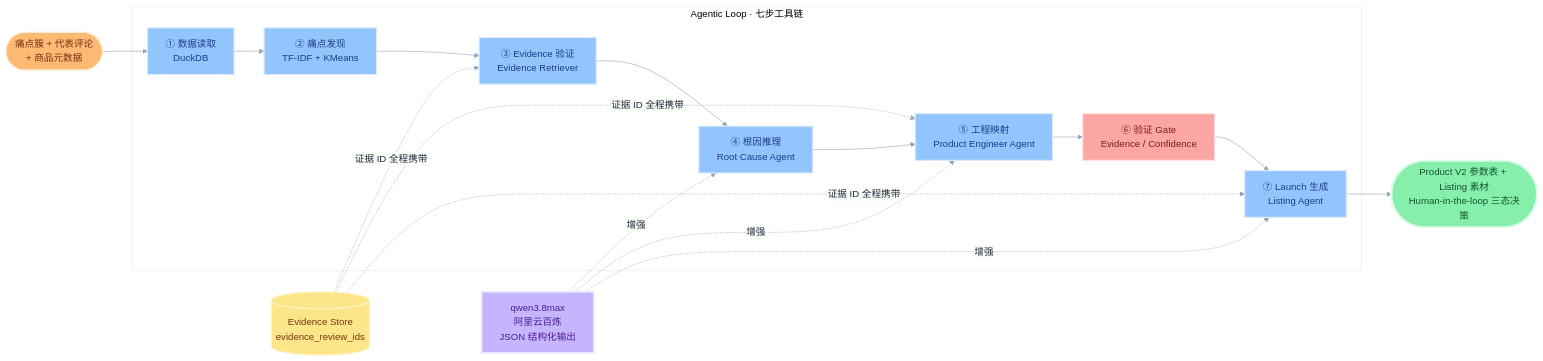
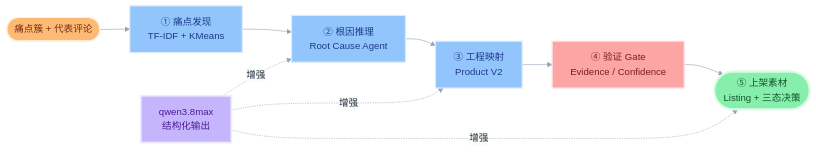
The second of 3 diagrams in README.md (ibh4/Review2Product), drawn with Mermaid before and after one commit. The commit also changed other lines of this file, not shown here.

Commit message:
docs: 简化架构图与Agent工作流 mermaid（横版 6-7 节点单链）

````diff
--- a/README.md
+++ b/README.md
@@ -110,30 +92,20 @@
 ```mermaid
 %%{init: {"theme": "base", "themeVariables": {"fontFamily": "Inter, Microsoft YaHei, sans-serif", "background": "#FFFFFF", "primaryColor": "#F8FAFC", "primaryTextColor": "#1E293B", "primaryBorderColor": "#CBD5E1", "lineColor": "#94A3B8"}}}%%
 flowchart LR
-    IN(["痛点簇 + 代表评论<br/>+ 商品元数据"]):::input
+    A(["痛点簇 + 代表评论"]):::input
+    B["① 痛点发现<br/>TF-IDF + KMeans"]:::step
+    C["② 根因推理<br/>Root Cause Agent"]:::step
+    D["③ 工程映射<br/>Product V2"]:::step
+    E["④ 验证 Gate<br/>Evidence / Confidence"]:::gate
+    F(["⑤ 上架素材<br/>Listing + 三态决策"]):::output
+    G["qwen3.8max<br/>结构化输出"]:::llm
 
-    subgraph LOOP["Agentic Loop · 七步工具链"]
-        T1["① 数据读取<br/>DuckDB"]:::step
-        T2["② 痛点发现<br/>TF-IDF + KMeans"]:::step
-        T3["③ Evidence 验证<br/>Evidence Retriever"]:::step
-        T4["④ 根因推理<br/>Root Cause Agent"]:::step
-        T5["⑤ 工程映射<br/>Product Engineer Agent"]:::step
-        T6["⑥ 验证 Gate<br/>Evidence / Confidence"]:::gate
-        T7["⑦ Launch 生成<br/>Listing Agent"]:::step
-    end
-
-    LLM["qwen3.8max<br/>阿里云百炼<br/>JSON 结构化输出"]:::llm
-    EVS[("Evidence Store<br/>evidence_review_ids")]:::store
-    OUT(["Product V2 参数表 + Listing 素材<br/>Human-in-the-loop 三态决策"]):::output
-
-    IN --> T1 --> T2 --> T3 --> T4 --> T5 --> T6 --> T7 --> OUT
-    LLM -.增强.-> T4 & T5 & T7
-    EVS -.证据 ID 全程携带.-> T3 & T5 & T7
+    A --> B --> C --> D --> E --> F
+    G -.增强.-> C & D & F
 
     classDef input fill:#FDBA74,stroke:#FFEDD5,color:#7C2D12,stroke-width:2px;
     classDef step fill:#93C5FD,stroke:#DBEAFE,color:#1E3A8A,stroke-width:2px;
     classDef gate fill:#FCA5A5,stroke:#FEE2E2,color:#7F1D1D,stroke-width:2px;
     classDef llm fill:#C4B5FD,stroke:#EDE9FE,color:#4C1D95,stroke-width:3px;
-    classDef store fill:#FDE68A,stroke:#FEF3C7,color:#78350F,stroke-width:2px;
     classDef output fill:#86EFAC,stroke:#DCFCE7,color:#14532D,stroke-width:3px;
 ```
````
